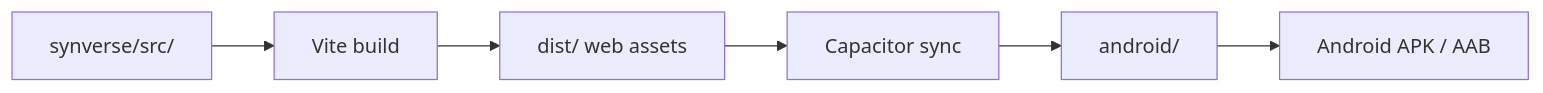
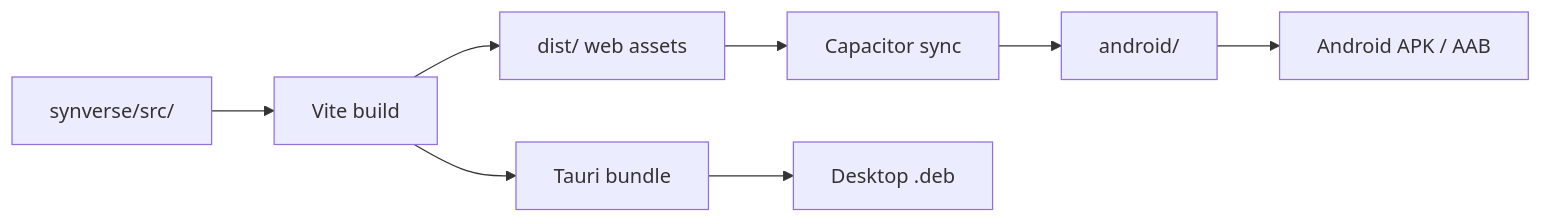
Before and after one commit to diomir0/synverse: the first of 2 diagrams in android-app/README.md, drawn with Mermaid. The commit also changed other lines of this file and 37 other files, not shown here.

````diff
--- a/android-app/README.md
+++ b/android-app/README.md
@@ -40,8 +54,10 @@
 ```mermaid
 graph LR
     SRC[synverse/src/] --> BUILD[Vite build]
     BUILD --> WEB[dist/ web assets]
     WEB --> CAP[Capacitor sync]
     CAP --> ANDROID[android/]
     ANDROID --> APK[Android APK / AAB]
+    BUILD --> TAURI[Tauri bundle]
+    TAURI --> DESKTOP[Desktop .deb]
 ```
````
